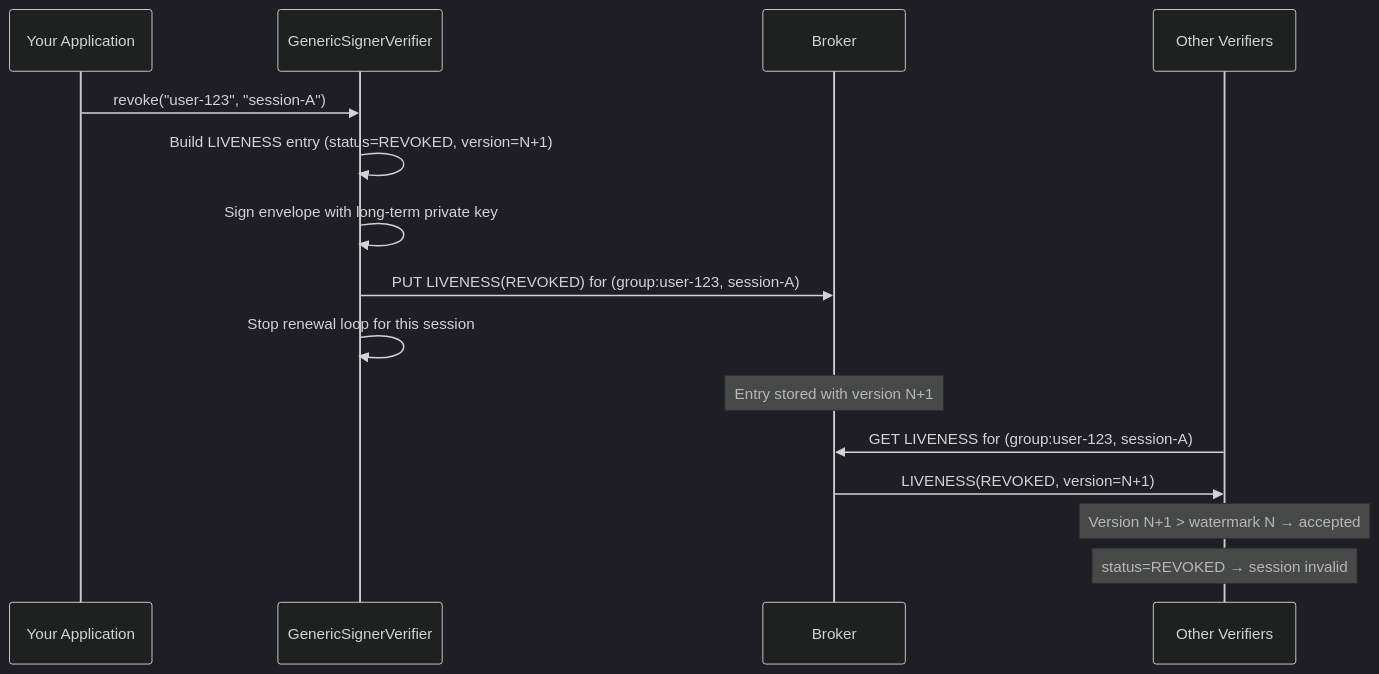
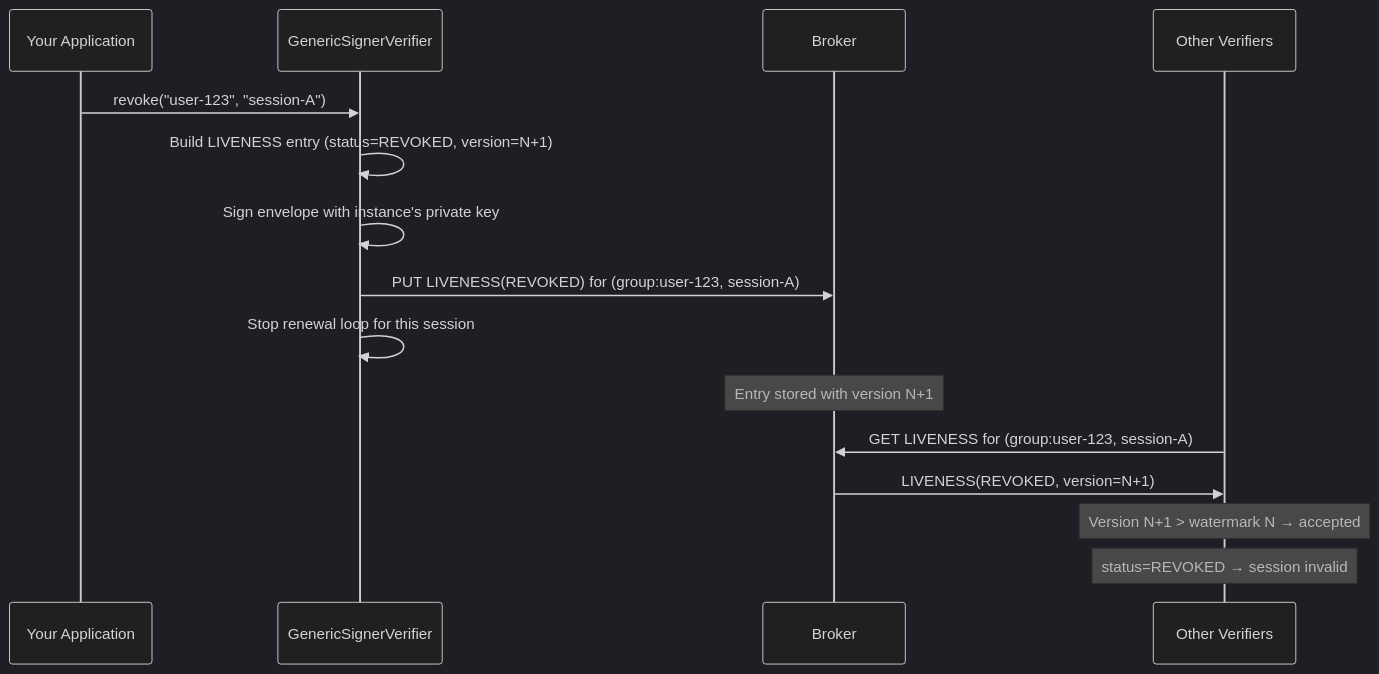
Before and after one commit to cyfko/veridot: the diagram in docs/docs/guides/revoking-sessions.md, drawn with Mermaid (dark theme). The commit also changed other lines of this file and 84 other files, not shown here.

Commit message:
docs: complete Protocol V5 documentation rewrite (including premium diagrams)

````diff
--- a/docs/docs/guides/revoking-sessions.md
+++ b/docs/docs/guides/revoking-sessions.md
@@ -45,18 +54,18 @@
 ```mermaid
 sequenceDiagram
     participant App as Your Application
     participant SV as GenericSignerVerifier
     participant B as Broker
     participant V as Other Verifiers
 
     App->>SV: revoke("user-123", "session-A")
     SV->>SV: Build LIVENESS entry (status=REVOKED, version=N+1)
-    SV->>SV: Sign envelope with long-term private key
+    SV->>SV: Sign envelope with instance's private key
     SV->>B: PUT LIVENESS(REVOKED) for (group:user-123, session-A)
     SV->>SV: Stop renewal loop for this session
     Note over B: Entry stored with version N+1
     V->>B: GET LIVENESS for (group:user-123, session-A)
     B->>V: LIVENESS(REVOKED, version=N+1)
     Note over V: Version N+1 > watermark N → accepted
     Note over V: status=REVOKED → session invalid
 ```
````
